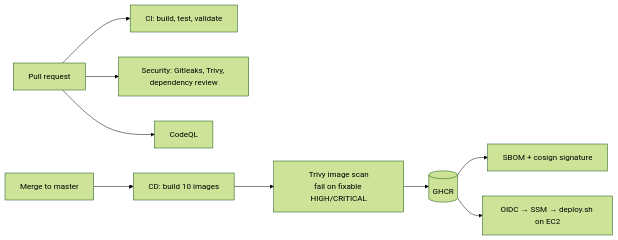
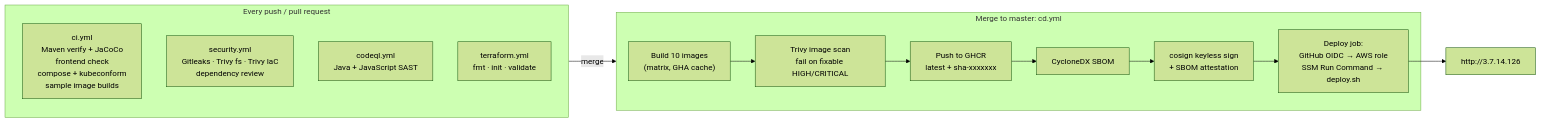
The fourth of 4 diagrams in README.md (DSheth2004/shopsphere-cloud-native), drawn with Mermaid (forest theme) before and after one commit. The commit also changed other lines of this file, not shown here.

First line of the commit message:
docs: detailed README explaining every component, organised by grading criterion

````diff
--- a/README.md
+++ b/README.md
@@ -483,11 +604,18 @@
 ```mermaid
 flowchart LR
-  PR[Pull request] --> CI[CI: build, test, validate]
-  PR --> SEC[Security: Gitleaks, Trivy, dependency review]
-  PR --> CQ[CodeQL]
-  Merge[Merge to master] --> CD[CD: build 10 images]
-  CD --> Scan[Trivy image scan<br/>fail on fixable HIGH/CRITICAL]
-  Scan --> GHCR[(GHCR)]
-  GHCR --> Sign[SBOM + cosign signature]
-  GHCR --> Deploy[OIDC → SSM → deploy.sh on EC2]
+  subgraph PR["Every push / pull request"]
+    CI["ci.yml<br/>Maven verify + JaCoCo<br/>frontend check<br/>compose + kubeconform<br/>sample image builds"]
+    SEC["security.yml<br/>Gitleaks · Trivy fs · Trivy IaC<br/>dependency review"]
+    CQ["codeql.yml<br/>Java + JavaScript SAST"]
+    TF["terraform.yml<br/>fmt · init · validate"]
+  end
+  subgraph CDF["Merge to master: cd.yml"]
+    B["Build 10 images<br/>(matrix, GHA cache)"] --> S["Trivy image scan<br/>fail on fixable HIGH/CRITICAL"]
+    S --> P["Push to GHCR<br/>latest + sha-xxxxxxx"]
+    P --> SB["CycloneDX SBOM"]
+    SB --> SG["cosign keyless sign<br/>+ SBOM attestation"]
+    SG --> D["Deploy job:<br/>GitHub OIDC → AWS role<br/>SSM Run Command → deploy.sh"]
+  end
+  PR -->|merge| CDF
+  D --> Live["http://3.7.14.126"]
 ```
````
